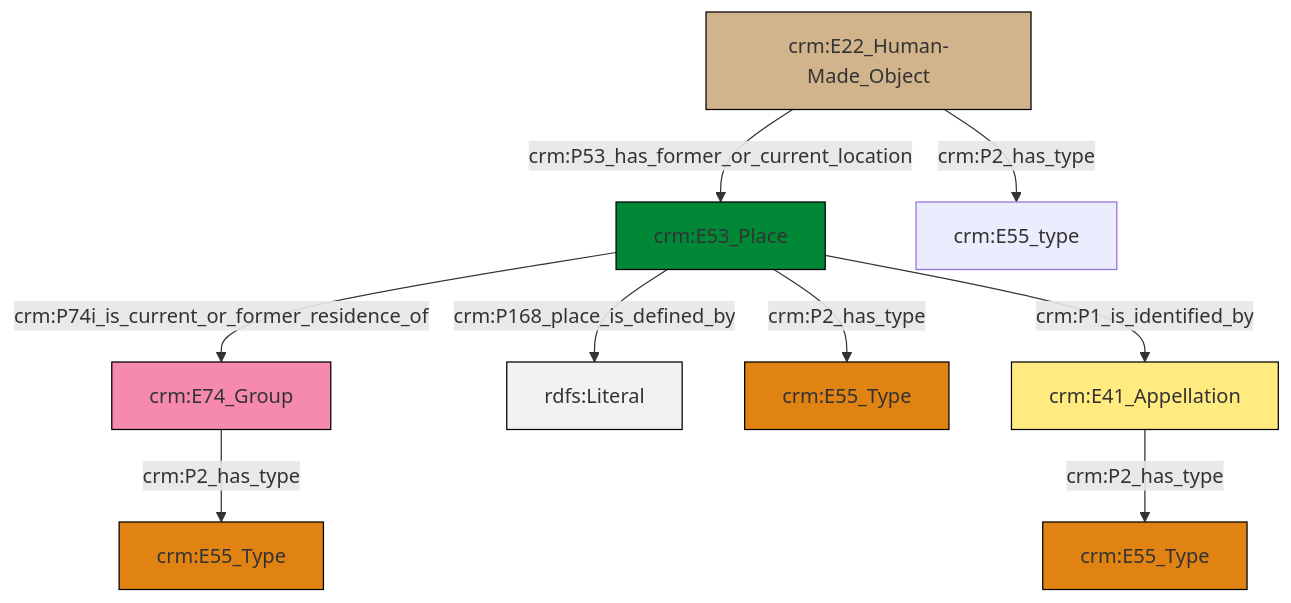
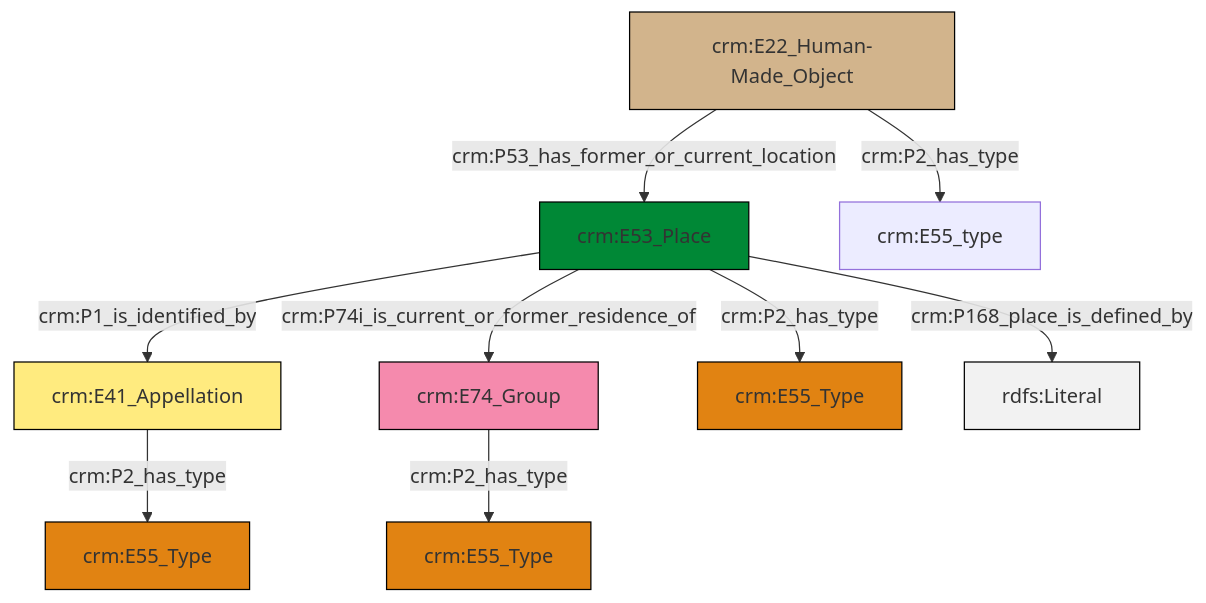
The diagram in et/artworkCSV/ttl/mmd/Artwork_Location.ttl.mmd (swiss-art-research-net/docs.swissartresearch), drawn with Mermaid before and after one commit. The commit also changed 177 other files, not shown here.

```diff
--- a/et/artworkCSV/ttl/mmd/Artwork_Location.ttl.mmd
+++ b/et/artworkCSV/ttl/mmd/Artwork_Location.ttl.mmd
@@ -1,23 +1,23 @@
 graph TD
 classDef Literal fill:#f2f2f2,stroke:#000000;
 classDef CRM_Entity fill:#FFFFFF,stroke:#000000;
 classDef Temporal_Entity fill:#00C9E6, stroke:#000000;
 classDef Type fill:#E18312, stroke:#000000;
 classDef Time-Span fill:#2C9C91, stroke:#000000;
 classDef Appellation fill:#FFEB7F, stroke:#000000;
 classDef Place fill:#008836, stroke:#000000;
 classDef Persistent_Item fill:#B266B2, stroke:#000000;
 classDef Conceptual_Object fill:#FFD700, stroke:#000000;
 classDef Physical_Thing fill:#D2B48C, stroke:#000000;
 classDef Actor fill:#f58aad, stroke:#000000;
 classDef PC_Classes fill:#4ce600, stroke:#000000;
 classDef Multi fill:#cccccc,stroke:#000000;
 
-0["crm:E53_Place"]:::Place -->|crm:P74i_is_current_or_former_residence_of| 1["crm:E74_Group"]:::Actor
-2["crm:E22_Human-Made_Object"]:::Physical_Thing -->|crm:P2_has_type| 5["crm:E55_type"]:::Default
-0["crm:E53_Place"]:::Place -->|crm:P168_place_is_defined_by| 6[rdfs:Literal]:::Literal
-0["crm:E53_Place"]:::Place -->|crm:P2_has_type| 7["crm:E55_Type"]:::Type
-2["crm:E22_Human-Made_Object"]:::Physical_Thing -->|crm:P53_has_former_or_current_location| 0["crm:E53_Place"]:::Place
-1["crm:E74_Group"]:::Actor -->|crm:P2_has_type| 12["crm:E55_Type"]:::Type
-10["crm:E41_Appellation"]:::Appellation -->|crm:P2_has_type| 14["crm:E55_Type"]:::Type
-0["crm:E53_Place"]:::Place -->|crm:P1_is_identified_by| 10["crm:E41_Appellation"]:::Appellation
+0["crm:E22_Human-Made_Object"]:::Physical_Thing -->|crm:P53_has_former_or_current_location| 1["crm:E53_Place"]:::Place
+1["crm:E53_Place"]:::Place -->|crm:P1_is_identified_by| 2["crm:E41_Appellation"]:::Appellation
+1["crm:E53_Place"]:::Place -->|crm:P74i_is_current_or_former_residence_of| 6["crm:E74_Group"]:::Actor
+6["crm:E74_Group"]:::Actor -->|crm:P2_has_type| 4["crm:E55_Type"]:::Type
+0["crm:E22_Human-Made_Object"]:::Physical_Thing -->|crm:P2_has_type| 7["crm:E55_type"]:::Default
+1["crm:E53_Place"]:::Place -->|crm:P2_has_type| 11["crm:E55_Type"]:::Type
+1["crm:E53_Place"]:::Place -->|crm:P168_place_is_defined_by| 12[rdfs:Literal]:::Literal
+2["crm:E41_Appellation"]:::Appellation -->|crm:P2_has_type| 9["crm:E55_Type"]:::Type
```
